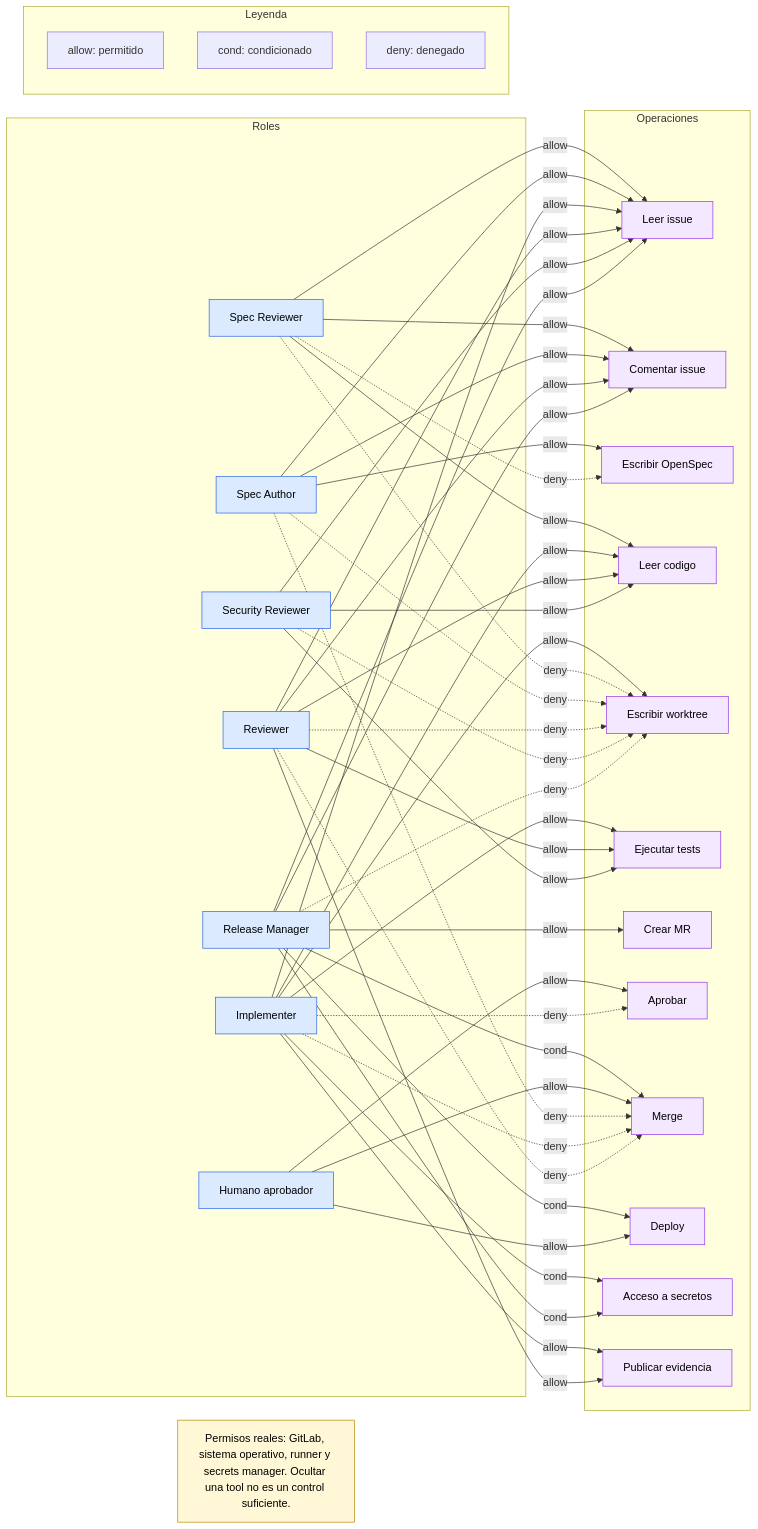
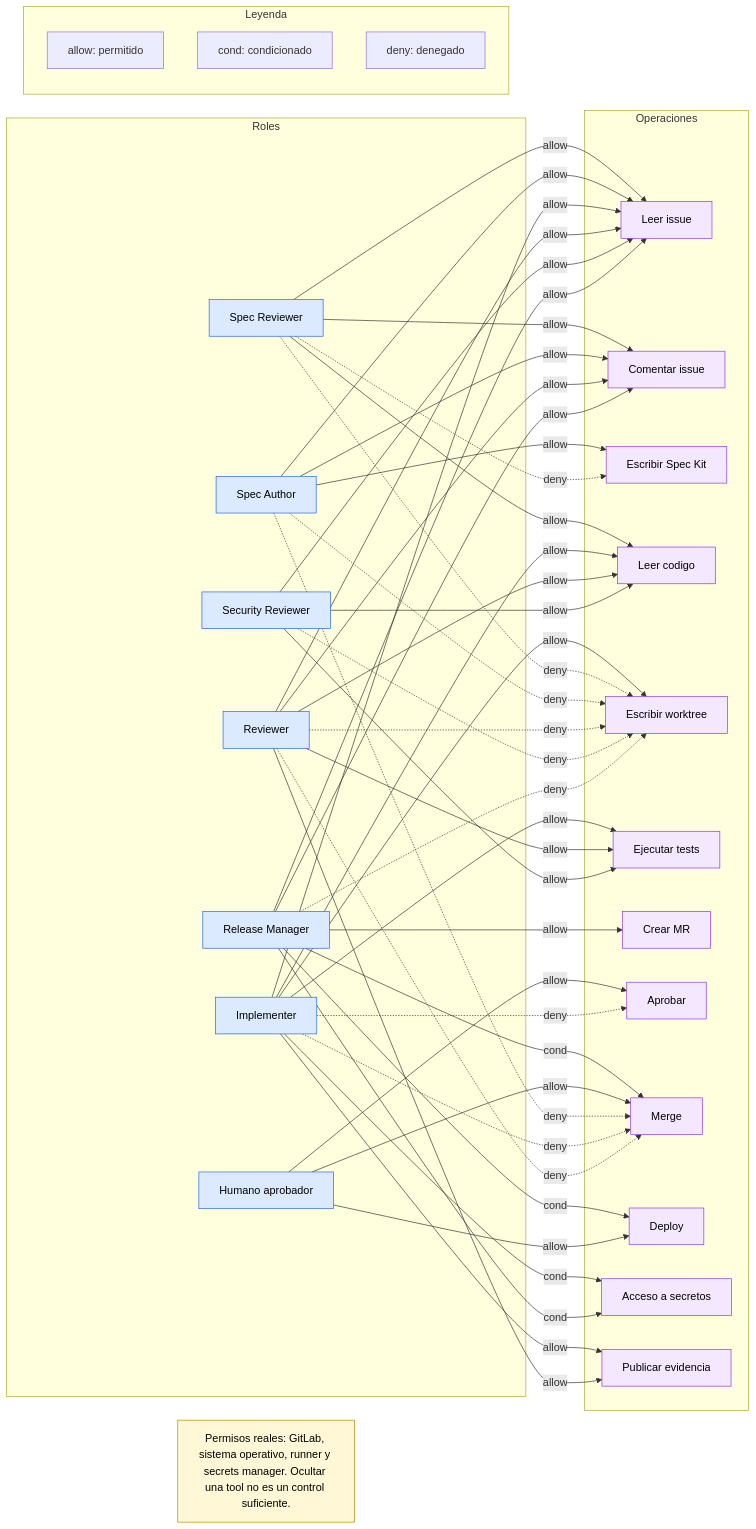
Before and after one commit to dsalazardev/ai-hub: the diagram in architecture/mermaid/15-matriz-permisos.mmd, drawn with Mermaid. The commit also changed 1324 other files, not shown here.

Commit message:
feat(engine): motor universal con Spec Kit, presets y catalogo de desarrollo

```diff
--- a/architecture/mermaid/15-matriz-permisos.mmd
+++ b/architecture/mermaid/15-matriz-permisos.mmd
@@ -1,75 +1,75 @@
 flowchart LR
   subgraph ROLES["Roles"]
     SR["Spec Reviewer"]
     SA["Spec Author"]
     IMP["Implementer"]
     REV["Reviewer"]
     SEC["Security Reviewer"]
     RM["Release Manager"]
     HUMAN["Humano aprobador"]
   end
   subgraph OPS["Operaciones"]
     READ["Leer issue"]
     COMMENT["Comentar issue"]
-    SPEC["Escribir OpenSpec"]
+    SPEC["Escribir Spec Kit"]
     CODE["Leer codigo"]
     WT["Escribir worktree"]
     TEST["Ejecutar tests"]
     MR["Crear MR"]
     APPROVE["Aprobar"]
     MERGE["Merge"]
     DEPLOY["Deploy"]
     SECRET["Acceso a secretos"]
     EVID["Publicar evidencia"]
   end
   SR -->|allow| READ
   SR -->|allow| COMMENT
   SR -->|allow| CODE
   SA -->|allow| READ
   SA -->|allow| COMMENT
   SA -->|allow| SPEC
   IMP -->|allow| READ
   IMP -->|allow| CODE
   IMP -->|allow| WT
   IMP -->|allow| TEST
   IMP -->|allow| EVID
   IMP -->|cond| SECRET
   REV -->|allow| READ
   REV -->|allow| COMMENT
   REV -->|allow| CODE
   REV -->|allow| TEST
   REV -->|allow| EVID
   SEC -->|allow| READ
   SEC -->|allow| CODE
   SEC -->|allow| TEST
   RM -->|allow| READ
   RM -->|allow| COMMENT
   RM -->|allow| MR
   RM -->|cond| MERGE
   RM -->|cond| DEPLOY
   RM -->|cond| SECRET
   HUMAN -->|allow| APPROVE
   HUMAN -->|allow| MERGE
   HUMAN -->|allow| DEPLOY
   SR -.->|deny| WT
   SR -.->|deny| SPEC
   SA -.->|deny| WT
   SA -.->|deny| MERGE
   IMP -.->|deny| APPROVE
   IMP -.->|deny| MERGE
   REV -.->|deny| WT
   REV -.->|deny| MERGE
   SEC -.->|deny| WT
   RM -.->|deny| WT
   NOTE["Permisos reales: GitLab, sistema operativo, runner y secrets manager. Ocultar una tool no es un control suficiente."]
   subgraph LEGEND["Leyenda"]
     L1["allow: permitido"]
     L2["cond: condicionado"]
     L3["deny: denegado"]
   end
   classDef role fill:#dbeafe,stroke:#2563eb,color:#000
   classDef op fill:#f3e8ff,stroke:#9333ea,color:#000
   classDef note fill:#fff7d6,stroke:#b58900,color:#000
   class SR,SA,IMP,REV,SEC,RM,HUMAN role
   class READ,COMMENT,SPEC,CODE,WT,TEST,MR,APPROVE,MERGE,DEPLOY,SECRET,EVID op
   class NOTE note
```
